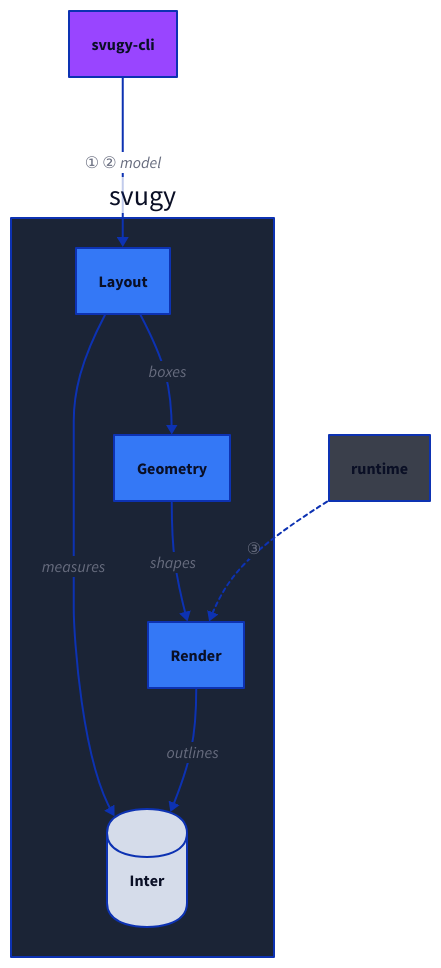
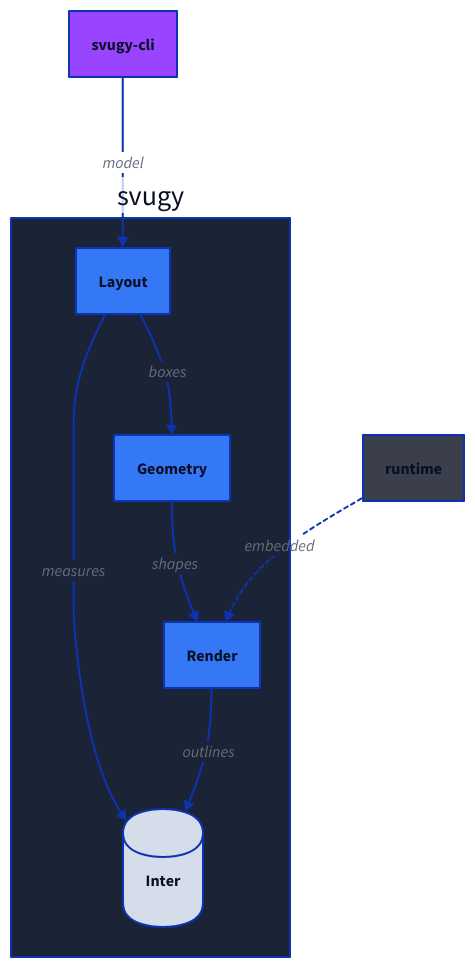
One commit to fedemagnani/svugy changed the diagram in docs/src/playground/sample.d2. Above: the diagram before and after it, drawn with D2. The commit also changed 171 other files, not shown here.

```diff
--- a/docs/src/playground/sample.d2
+++ b/docs/src/playground/sample.d2
@@ -1,59 +1,49 @@
 # d2 v0.9.0 · svugy rendering one diagram, drawn by svugy
 
 label: "svugy · one render"
 vars: {
   svugy: {
     subtitle: "from your d2 file to one explorable SVG"
-    legend: {
-      title: What happens on render
-      entries: [
-        "① the CLI imports your d2"
-        "② the pipeline lays it out and draws it"
-        "③ the runtime is embedded, the SVG written"
-      ]
-      dashes: { 5: data; 2: embedded at build time }
-      badges: { pipeline.inter: reads the bundled font }
-    }
   }
 }
 
 cli: svugy-cli {
   style.fill: "#9945ff"
   vars: { svugy: { caption: "svugy render"; height: 60; position: { x: 0; y: 60 } } }
 }
 
 pipeline: svugy {
   style.fill: "#1b2436"
   vars: { svugy: { caption: "the pipeline"; position: { x: 220; y: 0 } } }
 
   layout: Layout {
     style.fill: "#3478f6"
     vars: { svugy: { caption: "plan space"; position: { x: 18; y: 18 } } }
   }
   geometry: Geometry {
     style.fill: "#3478f6"
     vars: { svugy: { caption: "isometric"; position: { x: 190; y: 18 } } }
   }
   render: Render {
     style.fill: "#3478f6"
     vars: { svugy: { caption: "markup"; position: { x: 362; y: 18 } } }
   }
   inter: Inter {
     shape: cylinder
     style.fill: "#d5dcea"
     vars: { svugy: { badge: true; position: { x: 190; y: 200 } } }
   }
 
   layout -> geometry: boxes
   geometry -> render: shapes
   layout -> inter: measures
   render -> inter: outlines
 }
 
 runtime: {
   style.fill: "#3a3f4b"
   vars: { svugy: { caption: "svugy.js · svugy.css"; position: { x: 840; y: 0 } } }
 }
 
-cli -> pipeline.layout: ① ② model
-runtime -> pipeline.render: ③ { style.stroke-dash: 2 }
+cli -> pipeline.layout: model
+runtime -> pipeline.render: embedded { style.stroke-dash: 2 }
```
